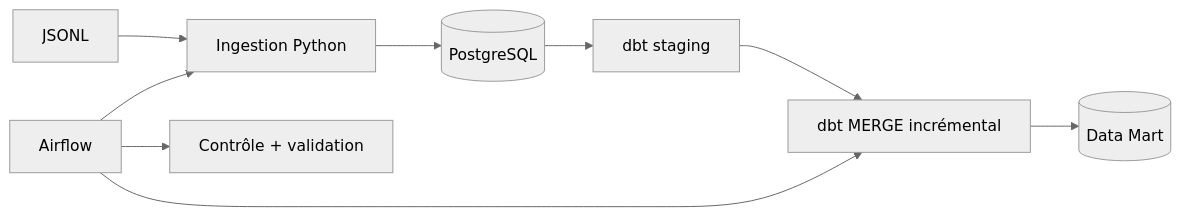
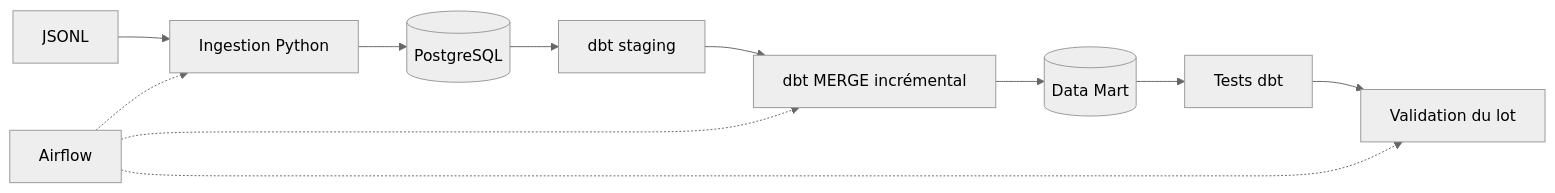
The diagram in README.md (orntangar/ecommerce-data-engineering-pipeline), drawn with Mermaid (neutral theme) before and after one commit.

Commit message:
Clarify Airflow and dbt pipeline architecture in README

````diff
--- a/README.md
+++ b/README.md
@@ -30,11 +30,14 @@
 ```mermaid
 flowchart LR
-  A[JSONL] --> B[Ingestion Python]
-  B --> C[(PostgreSQL)]
-  C --> D[dbt staging]
-  D --> E[dbt MERGE incrémental]
-  E --> F[(Data Mart)]
-  G[Airflow] --> B
-  G --> E
-  G --> H[Contrôle + validation]
+    A[JSONL] --> B[Ingestion Python]
+    B --> C[(PostgreSQL)]
+    C --> D[dbt staging]
+    D --> E[dbt MERGE incrémental]
+    E --> F[(Data Mart)]
+    F --> T[Tests dbt]
+    T --> H[Validation du lot]
+
+    G[Airflow] -.-> B
+    G -.-> E
+    G -.-> H
 ```
````
